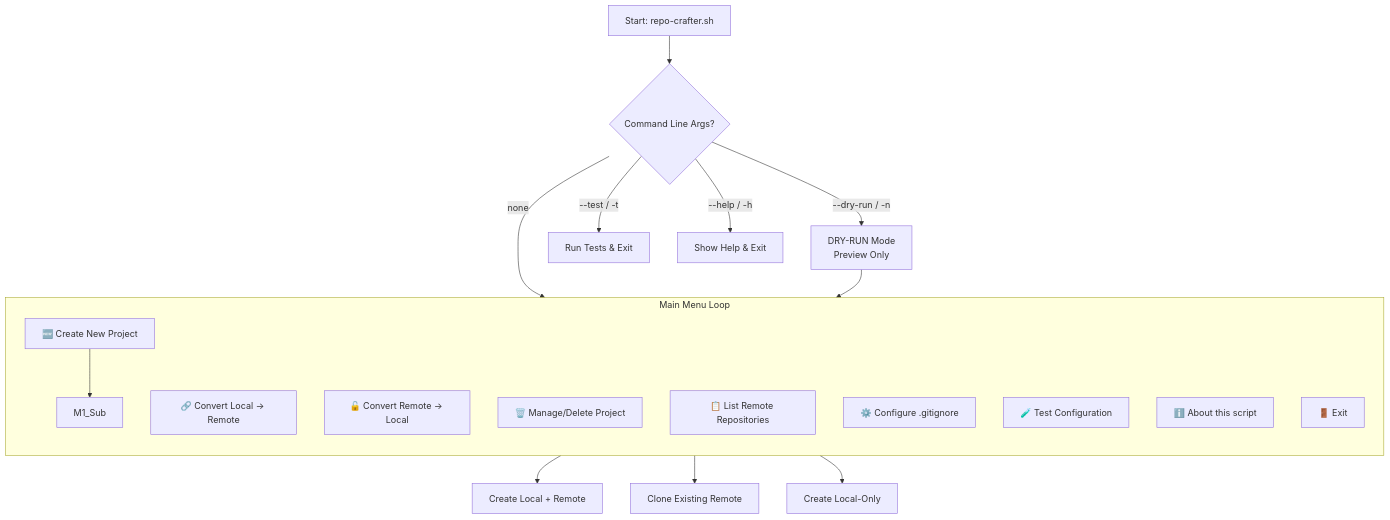
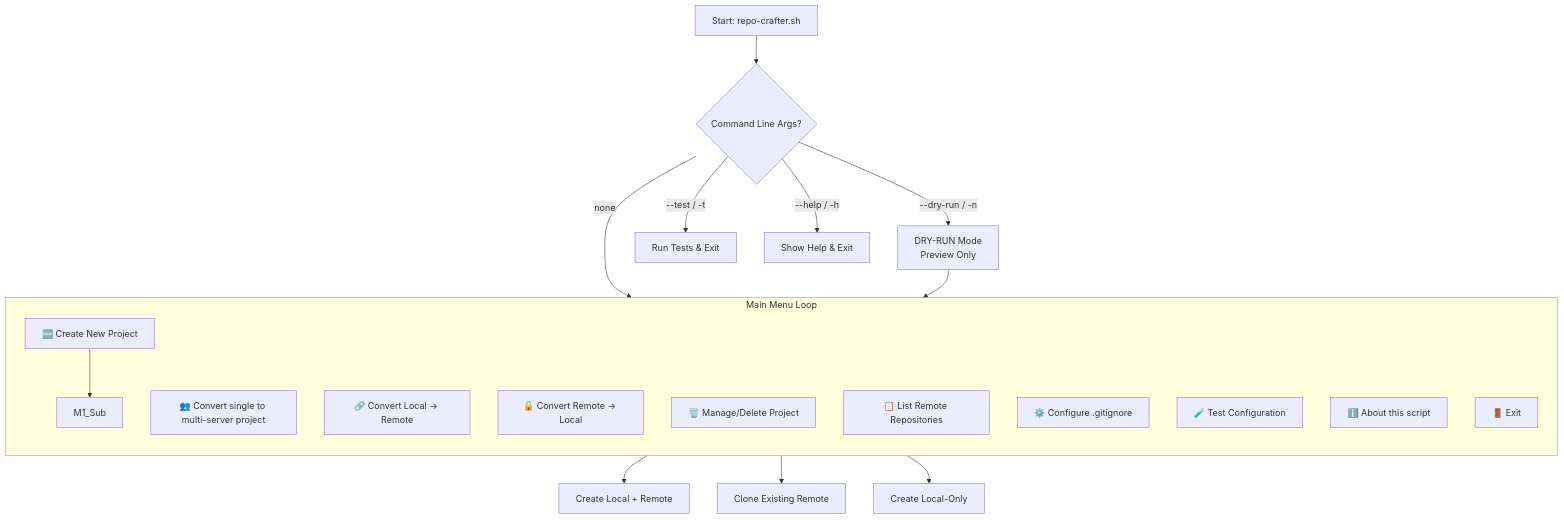
The first of 2 diagrams in README.md (DevKingofEarth/Interactive-git-helper-shell-script), drawn with Mermaid before and after one commit. The commit also changed other lines of this file and 4 other files, not shown here.

````diff
--- a/README.md
+++ b/README.md
@@ -18,28 +34,29 @@
 ```mermaid
 flowchart TD
     Start[Start: repo-crafter.sh] --> Args{Command Line Args?}
     Args -- "--dry-run / -n" --> Dry[DRY-RUN Mode\nPreview Only]
     Args -- "--test / -t" --> Test[Run Tests & Exit]
     Args -- "--help / -h" --> Help[Show Help & Exit]
     Args -- "none" --> MainMenu
     
     Dry --> MainMenu
     
     subgraph MainMenu [Main Menu Loop]
         direction TB
         M1[🆕 Create New Project] --> M1_Sub
-        M2[🔗 Convert Local → Remote]
-        M3[🔓 Convert Remote → Local]
-        M4[🗑️ Manage/Delete Project]
-        M5[📋 List Remote Repositories]
-        M6[⚙️ Configure .gitignore]
-        M7[🧪 Test Configuration]
-        M8[ℹ️ About this script]
-        M9[🚪 Exit]
+        M2[👥 Convert single to multi-server project]
+        M3[🔗 Convert Local → Remote]
+        M4[🔓 Convert Remote → Local]
+        M5[🗑️ Manage/Delete Project]
+        M6[📋 List Remote Repositories]
+        M7[⚙️ Configure .gitignore]
+        M8[🧪 Test Configuration]
+        M9[ℹ️ About this script]
+        M0[🚪 Exit]
     end
 
     M1_Sub --> C1[Create Local + Remote]
     M1_Sub --> C2[Clone Existing Remote]
     M1_Sub --> C3[Create Local-Only]
 
 ```
````
